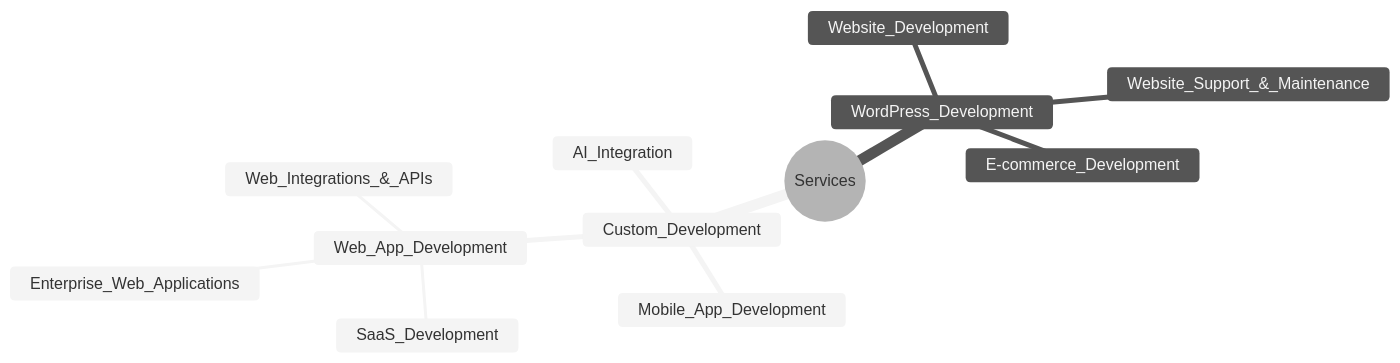
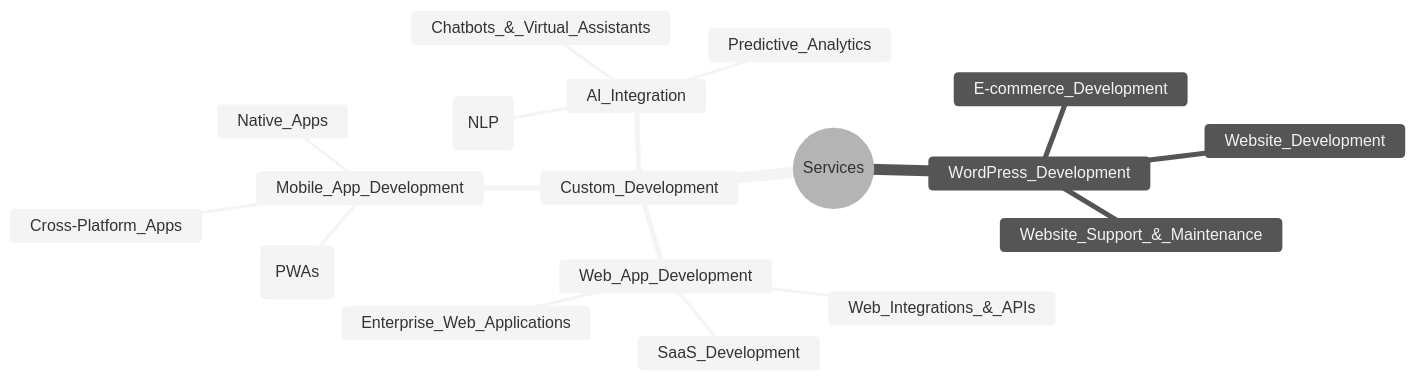
One commit to outsoarph/.github changed the diagram in profile/SERVICES.md. Above: the diagram before and after it, drawn with Mermaid (neutral theme). The commit also changed other lines of this file, not shown here.

````diff
--- a/profile/SERVICES.md
+++ b/profile/SERVICES.md
@@ -3,15 +3,21 @@
 ```mermaid
 mindmap
   root((Services))
     Custom_Development
       Web_App_Development
         SaaS_Development
         Enterprise_Web_Applications
         Web_Integrations_&_APIs
       Mobile_App_Development
+        Cross-Platform_Apps
+        Native_Apps
+        Progressive_Web_Apps_(PWAs)
       AI_Integration
+        Chatbots_&_Virtual_Assistants
+        Predictive_Analytics
+        Natural_Language_Processing_(NLP)
     WordPress_Development
       Website_Development
       E-commerce_Development
       Website_Support_&_Maintenance
 ```
````
